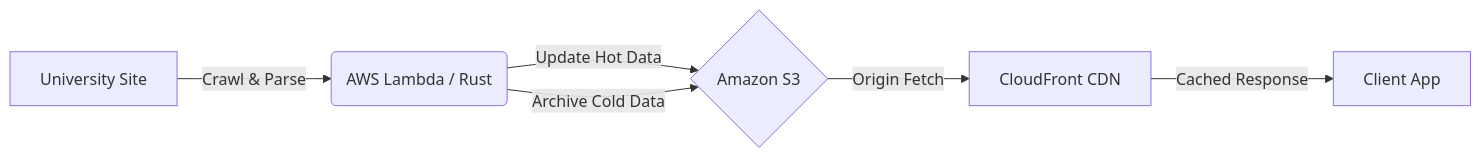
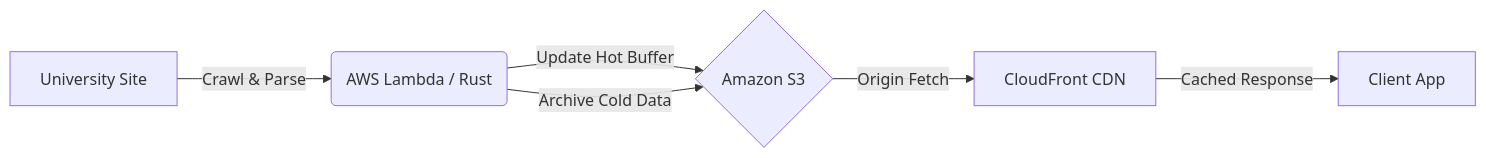
Before and after one commit to F911E41/uRing: the first of 2 diagrams in Crawler/README.md, drawn with Mermaid. The commit also changed other lines of this file, not shown here.

Commit message:
Enhance foundation architecture

````diff
--- a/Crawler/README.md
+++ b/Crawler/README.md
@@ -11,8 +11,8 @@
 ```mermaid
 graph LR
     A[University Site] -->|Crawl & Parse| B(AWS Lambda / Rust)
-    B -->|Update Hot Data| C{Amazon S3}
+    B -->|Update Hot Buffer| C{Amazon S3}
     B -->|Archive Cold Data| C
     C -->|Origin Fetch| D[CloudFront CDN]
     D -->|Cached Response| E[Client App]
 ```
````
